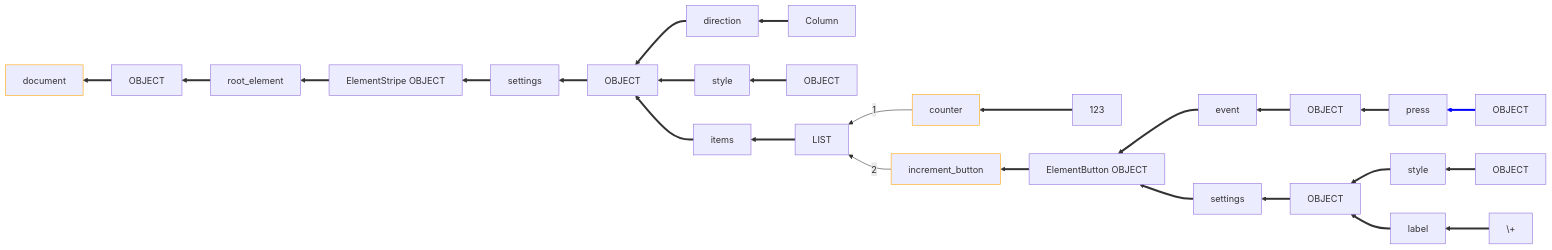
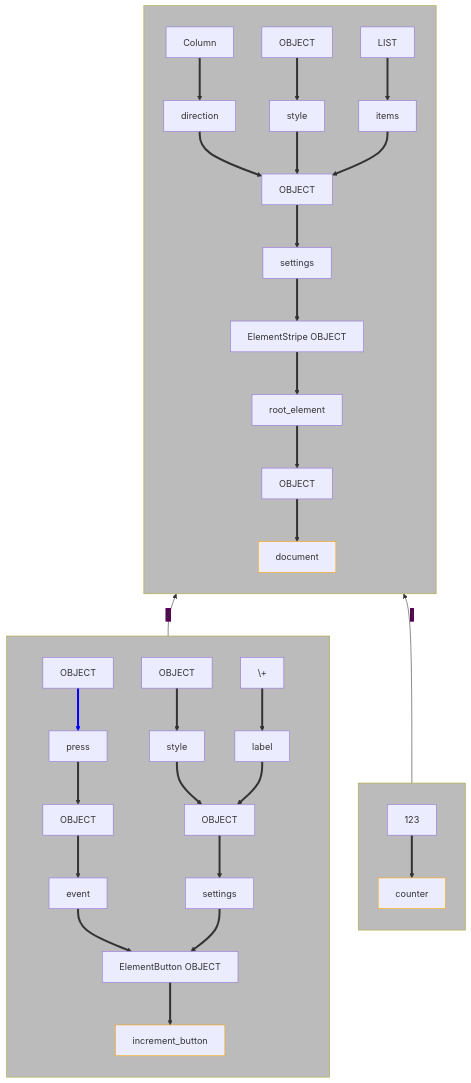
One commit to BoonLang/boon changed the diagram in playground/frontend/src/examples/counter/counter_state.md. Above: the diagram before and after it, drawn with Mermaid. The commit also changed 3 other files, not shown here.

Commit message:
Update counter flow and state diagrams

````diff
--- a/playground/frontend/src/examples/counter/counter_state.md
+++ b/playground/frontend/src/examples/counter/counter_state.md
@@ -1,66 +1,79 @@
 ```mermaid
-flowchart RL
+%%{init: {'themeVariables': {'clusterBkg': '#0004', 'titleColor': 'transparent', 'edgeLabelBackground': '#505'}}}%%
+flowchart BT
     classDef root_variable_class stroke:Orange
 
-    document__1["document"]:::root_variable_class
-    OBJECT__2["OBJECT"]
-    VAR_root_element__3["root_element"]
-    VAR_ElementStripe_OBJECT__4["ElementStripe OBJECT"]
-    VAR_settings__4["settings"]
-    OBJECT__5["OBJECT"]
-    VAR_direction__6["direction"]
-    TAG_Column__7["Column"]
-    VAR_style__8["style"]
-    OBJECT__9["OBJECT"]
-    VAR_items__10["items"]
-    LIST__11["LIST"]
-                            
-    OBJECT__2 ==> document__1
-    VAR_root_element__3 ==> OBJECT__2
-    VAR_ElementStripe_OBJECT__4 ==> VAR_root_element__3
-    VAR_settings__4 ==> VAR_ElementStripe_OBJECT__4
-    OBJECT__5 ==> VAR_settings__4
-    VAR_direction__6 ==> OBJECT__5
-    TAG_Column__7 ==> VAR_direction__6
-    VAR_style__8 ==> OBJECT__5
-    OBJECT__9 ==> VAR_style__8
-    VAR_items__10 ==> OBJECT__5
-    LIST__11 ==> VAR_items__10
+    %% Document subtree
+    subgraph DocumentRoot
+      direction TB
+      document__1["document"]:::root_variable_class
+      OBJECT__2["OBJECT"]
+      VAR_root_element__3["root_element"]
+      VAR_ElementStripe_OBJECT__4["ElementStripe OBJECT"]
+      VAR_settings__4["settings"]
+      OBJECT__5["OBJECT"]
+      VAR_direction__6["direction"]
+      TAG_Column__7["Column"]
+      VAR_style__8["style"]
+      OBJECT__9["OBJECT"]
+      VAR_items__10["items"]
+      LIST__11["LIST"]
 
-    counter__12["counter"]:::root_variable_class
-    NUM_123__13["123"]
-    
-    NUM_123__13 ==> counter__12
-    %% Ref
-    counter__12 --> |"1"| LIST__11
+      OBJECT__2 ==> document__1
+      VAR_root_element__3 ==> OBJECT__2
+      VAR_ElementStripe_OBJECT__4 ==> VAR_root_element__3
+      VAR_settings__4 ==> VAR_ElementStripe_OBJECT__4
+      OBJECT__5 ==> VAR_settings__4
+      VAR_direction__6 ==> OBJECT__5
+      TAG_Column__7 ==> VAR_direction__6
+      VAR_style__8 ==> OBJECT__5
+      OBJECT__9 ==> VAR_style__8
+      VAR_items__10 ==> OBJECT__5
+      LIST__11 ==> VAR_items__10
+    end
 
-    increment_button__14["increment_button"]:::root_variable_class
-    VAR_ElementButton_OBJECT__15["ElementButton OBJECT"]
-    VAR_event__16["event"]
-    OBJECT__17["OBJECT"]
-    VAR_press__18["press"]
-    OBJECT__19["OBJECT"]
-    VAR_settings__20["settings"]
-    OBJECT__21["OBJECT"]
-    VAR_style__22["style"]
-    OBJECT__23["OBJECT"]
-    VAR_label__24["label"]
-    TXT_plus__25["\+"]
+    %% Counter subtree
+    subgraph CounterRoot
+      direction TB
+      counter__12["counter"]:::root_variable_class
+      NUM_123__13["123"]
 
-    %% Ref
-    increment_button__14 --> |"2"| LIST__11
-    VAR_ElementButton_OBJECT__15 ==> increment_button__14
-    VAR_event__16 ==> VAR_ElementButton_OBJECT__15
-    OBJECT__17 ==> VAR_event__16
-    VAR_press__18 ==> OBJECT__17
-    %% Ref
-    OBJECT__19 ==> VAR_press__18
-    VAR_settings__20 ==> VAR_ElementButton_OBJECT__15
-    OBJECT__21 ==> VAR_settings__20
-    VAR_style__22 ==> OBJECT__21
-    OBJECT__23 ==> VAR_style__22
-    VAR_label__24 ==> OBJECT__21
-    TXT_plus__25 ==> VAR_label__24
+      NUM_123__13 ==> counter__12
+      %% Ref
+      counter__12 --> |"1"| LIST__11
+    end
 
-    linkStyle 18 stroke:Blue;
+    %% Increment button subtree
+    subgraph IncrementButtonRoot
+      direction TB
+      increment_button__14["increment_button"]:::root_variable_class
+      VAR_ElementButton_OBJECT__15["ElementButton OBJECT"]
+      VAR_event__16["event"]
+      OBJECT__17["OBJECT"]
+      VAR_press__18["press"]
+      OBJECT__19["OBJECT"]
+      VAR_settings__20["settings"]
+      OBJECT__21["OBJECT"]
+      VAR_style__22["style"]
+      OBJECT__23["OBJECT"]
+      VAR_label__24["label"]
+      TXT_plus__25["\+"]
+
+      VAR_ElementButton_OBJECT__15 ==> increment_button__14
+      VAR_event__16 ==> VAR_ElementButton_OBJECT__15
+      OBJECT__17 ==> VAR_event__16
+      VAR_press__18 ==> OBJECT__17
+      OBJECT__19 ==> VAR_press__18
+      VAR_settings__20 ==> VAR_ElementButton_OBJECT__15
+      OBJECT__21 ==> VAR_settings__20
+      VAR_style__22 ==> OBJECT__21
+      OBJECT__23 ==> VAR_style__22
+      VAR_label__24 ==> OBJECT__21
+      TXT_plus__25 ==> VAR_label__24
+
+      %% Ref
+      increment_button__14 --> |"2"| LIST__11
+    end
+
+    linkStyle 17 stroke:Blue;
 ```
````
